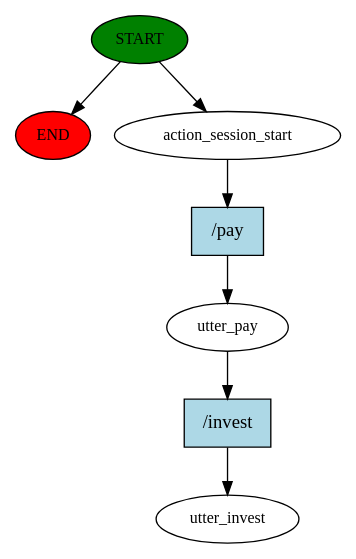
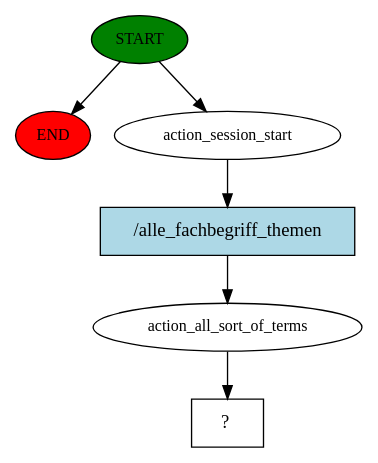
Before and after one commit to se-labor/alfa-bot-chatbots: the diagram in story_graph.dot, drawn with Graphviz. The commit also changed 5 other files, not shown here.

```diff
--- a/story_graph.dot
+++ b/story_graph.dot
@@ -1,15 +1,13 @@
 digraph  {
 0 [class="start active", fillcolor=green, fontsize=12, label=START, style=filled];
 "-1" [class=end, fillcolor=red, fontsize=12, label=END, style=filled];
 1 [class=active, fontsize=12, label=action_session_start];
-2 [class=active, fontsize=12, label=utter_pay];
-3 [class="dashed active", fontsize=12, label=utter_invest];
-4 [class="intent active", fillcolor=lightblue, label="/pay", shape=rect, style=filled];
-5 [class="intent active", fillcolor=lightblue, label="/invest", shape=rect, style=filled];
+2 [class=active, fontsize=12, label=action_all_sort_of_terms];
+3 [class="intent dashed active", label="  ?  ", shape=rect];
+4 [class="intent active", fillcolor=lightblue, label="/alle_fachbegriff_themen", shape=rect, style=filled];
 0 -> "-1"  [class="", key=NONE, label=""];
 0 -> 1  [class=active, key=NONE, label=""];
 1 -> 4  [class=active, key=0];
-2 -> 5  [class=active, key=0];
+2 -> 3  [class=active, key=NONE, label=""];
 4 -> 2  [class=active, key=0];
-5 -> 3  [class=active, key=0];
 }
```
